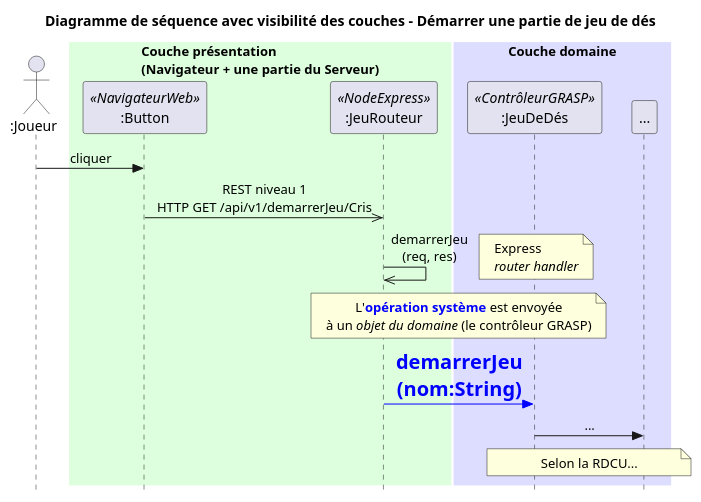
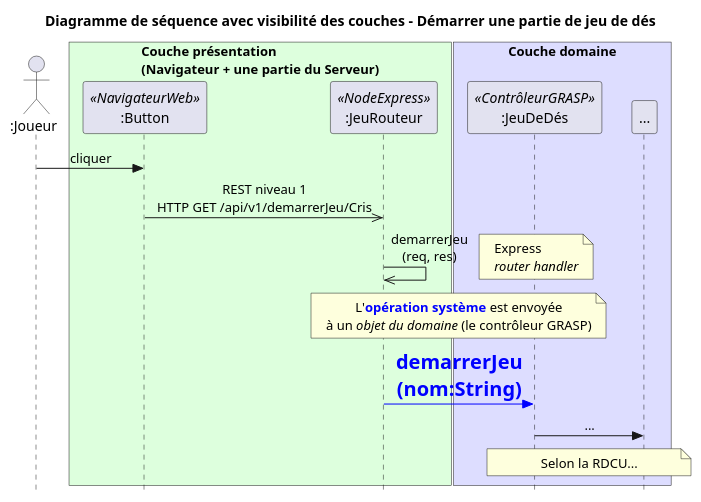
The diagram in docs/modeles/ds-details-demarrerJeu.puml (cc-probitaille/log210-lab01-template), drawn with PlantUML before and after one commit. The commit also changed 1 other file, not shown here.

Commit message:
Enlever le fond transparent des diagrammes

```diff
--- a/docs/modeles/ds-details-demarrerJeu.puml
+++ b/docs/modeles/ds-details-demarrerJeu.puml
@@ -1,36 +1,34 @@
 @startuml dss-details-demarrerJeu
 skinparam style strictuml
-skinparam backgroundcolor transparent
-skinparam SequenceBoxBorderColor transparent
 skinparam participantpadding 10
 'skinparam handwritten true
 skinparam sequenceMessageAlign center
 
 title Diagramme de séquence avec visibilité des couches - Démarrer une partie de jeu de dés
 
 actor ":Joueur" as j
 box "Couche présentation\n(Navigateur + une partie du Serveur)" #ddffdd
 participant ":Button" as b <<NavigateurWeb>>
 participant ":JeuRouteur" as r <<NodeExpress>>
 end box
 box "Couche domaine" #ddddff
 participant ":JeuDeDés" as c <<ContrôleurGRASP>>
 participant "..." as s
 end box
 j -> b : cliquer
 'note over r : Class du serveur web
 b ->> r : REST niveau 1\nHTTP GET /api/v1/demarrerJeu/Cris
 r ->> r : demarrerJeu\n(req, res)
 note right
 Express
 //router handler//
 end note
 skinparam NoteTextAlignment center
 note over r, c
 L'<color blue>**opération système**</color> est envoyée
 à un //objet du domaine// (le contrôleur GRASP)
 end note
 r -[#blue,bold]> c : <color blue><size 20>**demarrerJeu**\n<color blue><size 20>**(nom:String)**</color>
 c -> s : ...
 note over c, s : Selon la RDCU...
 @enduml
```
